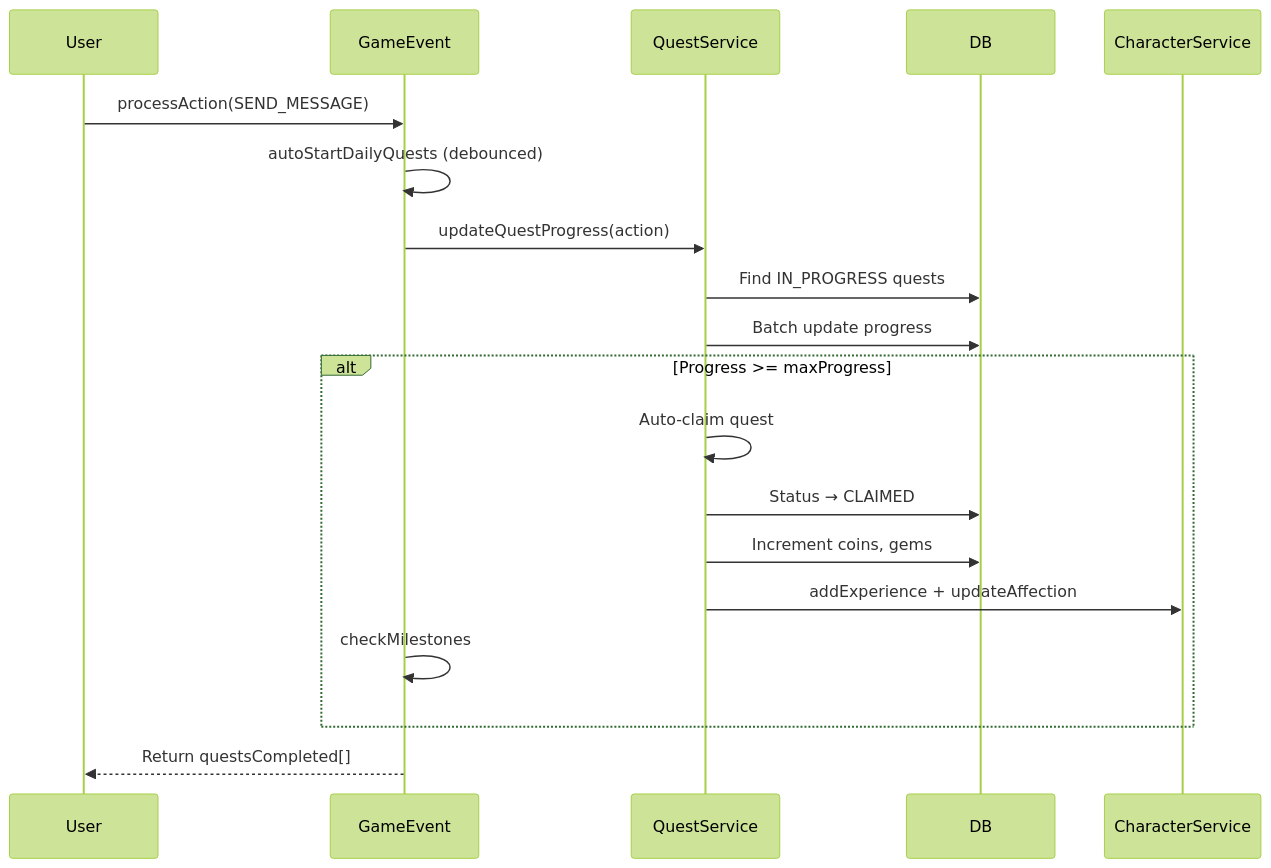
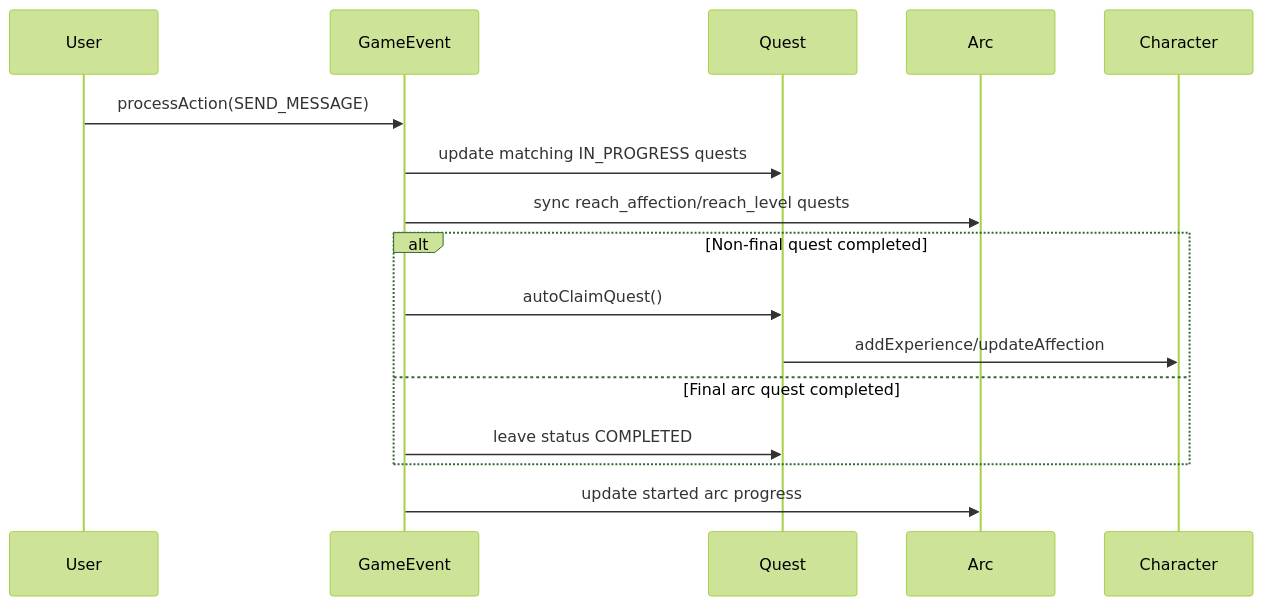
Before and after one commit to haidonglethqb/VirtualGfriend: the diagram in docs/system/gamification/quests.md, drawn with Mermaid (forest theme). The commit also changed other lines of this file and 14 other files, not shown here.

````diff
--- a/docs/system/gamification/quests.md
+++ b/docs/system/gamification/quests.md
@@ -38,22 +39,19 @@
 ```mermaid
 sequenceDiagram
     participant User
     participant GameEvent
-    participant QuestService
-    participant DB
-    participant CharacterService
+    participant Quest
+    participant Arc
+    participant Character
 
     User->>GameEvent: processAction(SEND_MESSAGE)
-    GameEvent->>GameEvent: autoStartDailyQuests (debounced)
-    GameEvent->>QuestService: updateQuestProgress(action)
-    QuestService->>DB: Find IN_PROGRESS quests
-    QuestService->>DB: Batch update progress
-    alt Progress >= maxProgress
-        QuestService->>QuestService: Auto-claim quest
-        QuestService->>DB: Status → CLAIMED
-        QuestService->>DB: Increment coins, gems
-        QuestService->>CharacterService: addExperience + updateAffection
-        GameEvent->>GameEvent: checkMilestones
+    GameEvent->>Quest: update matching IN_PROGRESS quests
+    GameEvent->>Arc: sync reach_affection/reach_level quests
+    alt Non-final quest completed
+        GameEvent->>Quest: autoClaimQuest()
+        Quest->>Character: addExperience/updateAffection
+    else Final arc quest completed
+        GameEvent->>Quest: leave status COMPLETED
     end
-    GameEvent-->>User: Return questsCompleted[]
+    GameEvent->>Arc: update started arc progress
 ```
````
